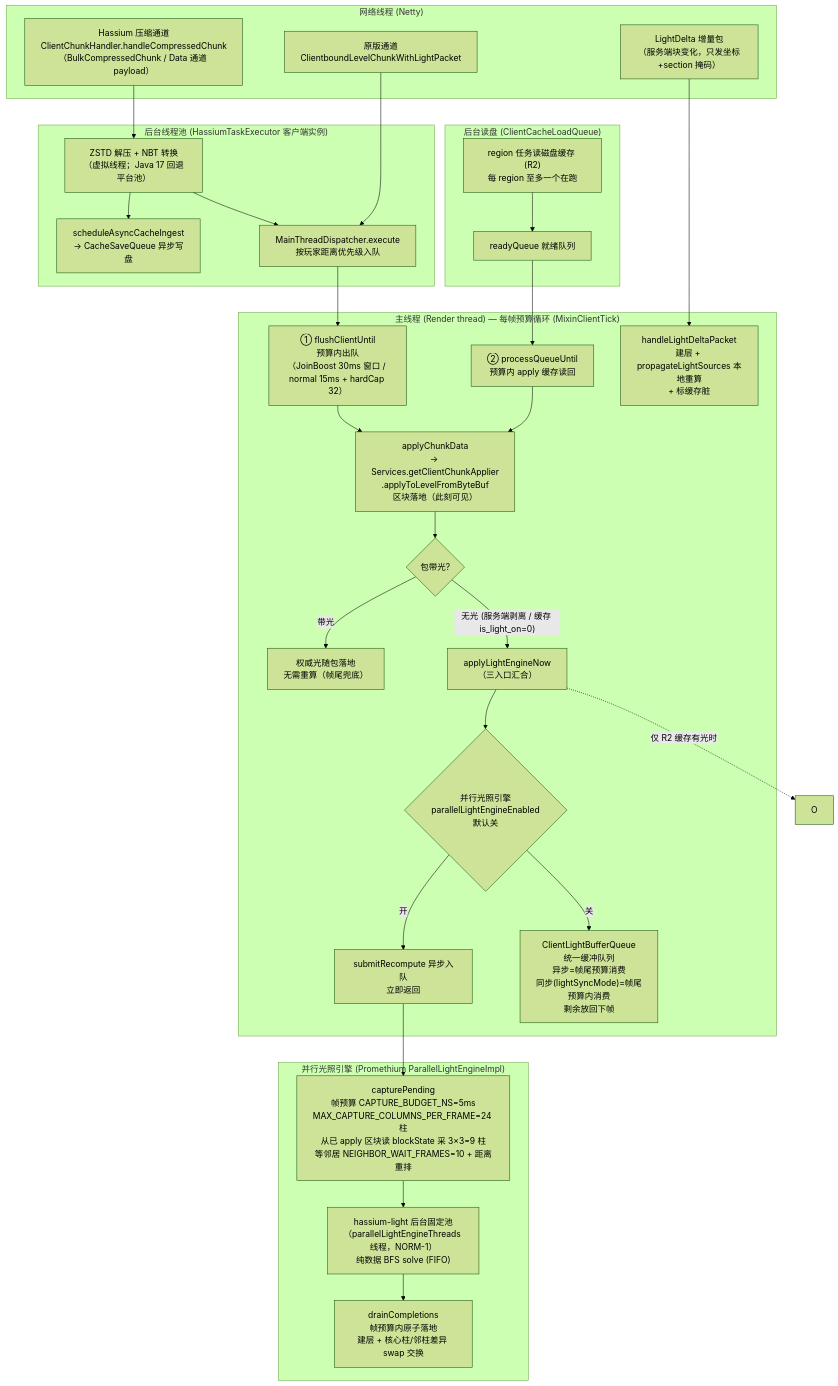
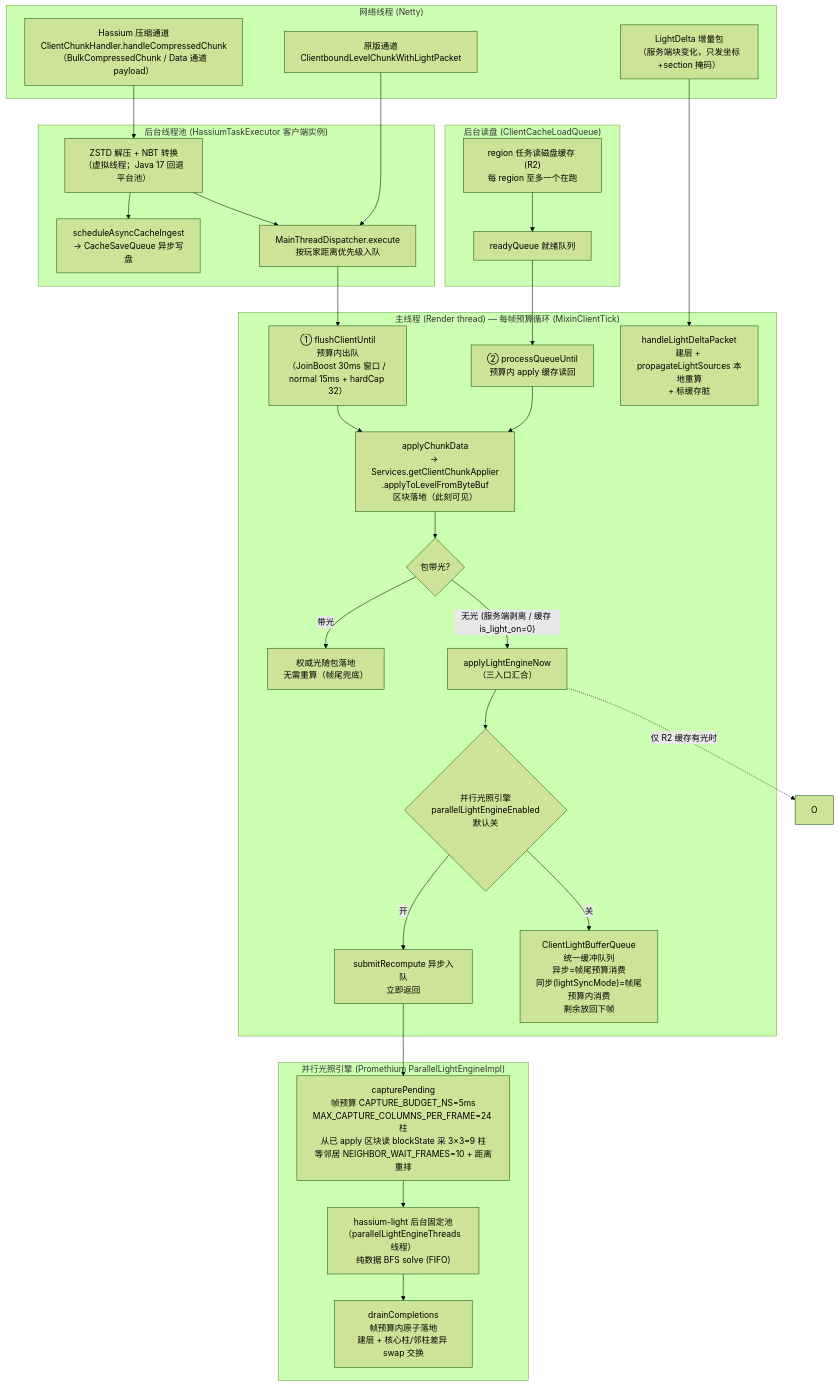
The diagram in docs/client-chunk-light-flow.md (limuqy/Hassium), drawn with Mermaid (forest theme) before and after one commit. The commit also changed other lines of this file and 18 other files, not shown here.

````diff
--- a/docs/client-chunk-light-flow.md
+++ b/docs/client-chunk-light-flow.md
@@ -16,56 +16,56 @@
 ```mermaid
 flowchart TD
     subgraph NET["网络线程 (Netty)"]
         A["Hassium 压缩通道<br/>ClientChunkHandler.handleCompressedChunk<br/>（BulkCompressedChunk / Data 通道 payload）"]
         B["原版通道<br/>ClientboundLevelChunkWithLightPacket"]
         C["LightDelta 增量包<br/>（服务端块变化，只发坐标+section 掩码）"]
     end
 
     subgraph BG["后台线程池 (HassiumTaskExecutor 客户端实例)"]
         D["ZSTD 解压 + NBT 转换<br/>（虚拟线程；Java 17 回退平台池）"]
         E["scheduleAsyncCacheIngest<br/>→ CacheSaveQueue 异步写盘"]
         F["MainThreadDispatcher.execute<br/>按玩家距离优先级入队"]
     end
 
     subgraph BG2["后台读盘 (ClientCacheLoadQueue)"]
         U["region 任务读磁盘缓存 (R2)<br/>每 region 至多一个在跑"]
         V["readyQueue 就绪队列"]
     end
 
     subgraph MAIN["主线程 (Render thread) — 每帧预算循环 (MixinClientTick)"]
         G["① flushClientUntil<br/>预算内出队<br/>（JoinBoost 30ms 窗口 / normal 15ms + hardCap 32）"]
         G2["② processQueueUntil<br/>预算内 apply 缓存读回"]
         H["applyChunkData<br/>→ Services.getClientChunkApplier<br/>.applyToLevelFromByteBuf<br/>区块落地（此刻可见）"]
         I{"包带光?"}
         J["权威光随包落地<br/>无需重算（帧尾兜底）"]
         K["applyLightEngineNow<br/>（三入口汇合）"]
         L{"并行光照引擎<br/>parallelLightEngineEnabled<br/>默认关"}
         M["submitRecompute 异步入队<br/>立即返回"]
         N["ClientLightBufferQueue<br/>统一缓冲队列<br/>异步=帧尾预算消费<br/>同步(lightSyncMode)=帧尾预算内消费<br/>剩余放回下帧"]
         P["handleLightDeltaPacket<br/>建层 + propagateLightSources 本地重算<br/>+ 标缓存脏"]
     end
 
     subgraph LIGHT["并行光照引擎 (Promethium ParallelLightEngineImpl)"]
         Q["capturePending<br/>帧预算 CAPTURE_BUDGET_NS=5ms<br/>MAX_CAPTURE_COLUMNS_PER_FRAME=24 柱<br/>从已 apply 区块读 blockState 采 3×3=9 柱<br/>等邻居 NEIGHBOR_WAIT_FRAMES=10 + 距离重排"]
-        R["hassium-light 后台固定池<br/>（parallelLightEngineThreads 线程，NORM-1）<br/>纯数据 BFS solve (FIFO)"]
+        R["hassium-light 后台固定池<br/>（parallelLightEngineThreads 线程）<br/>纯数据 BFS solve (FIFO)"]
         S["drainCompletions<br/>帧预算内原子落地<br/>建层 + 核心柱/邻柱差异 swap 交换"]
     end
 
     A --> D --> E
     D --> F
     B --> F
     U --> V
     F --> G
     V --> G2
     G --> H
     G2 --> H
     H --> I
     I -- "带光" --> J
     I -- "无光 (服务端剥离 / 缓存 is_light_on=0)" --> K
     K --> L
     K -. "仅 R2 缓存有光时" .-> O
     L -- "开" --> M
     L -- "关" --> N
     C --> P
     M --> Q --> R --> S
 ```
````
